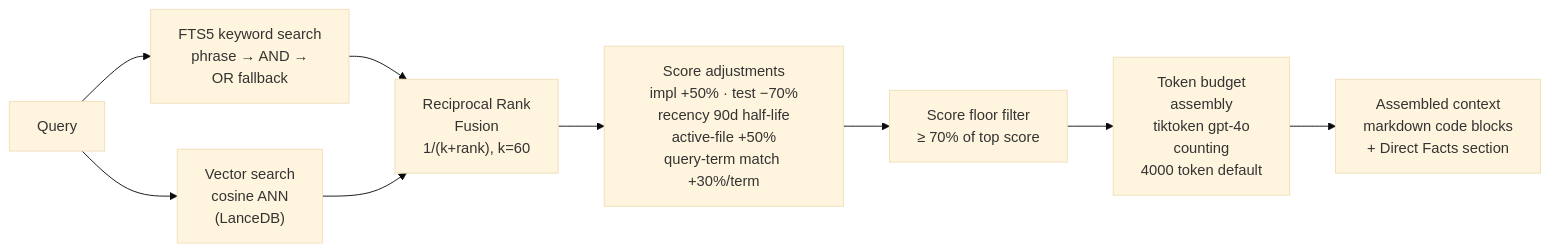
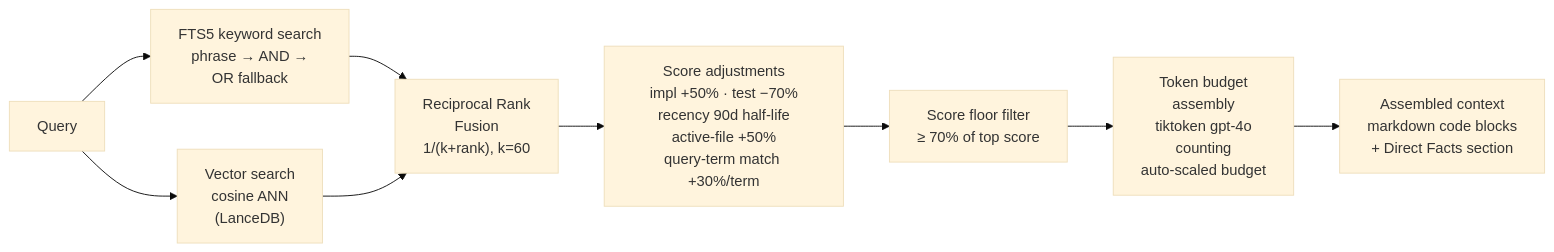
The fourth of 5 diagrams in README.md (proofofwork-agency/reporecall), drawn with Mermaid (base theme) before and after one commit. The commit also changed other lines of this file and 11 other files, not shown here.

First line of the commit message:
Dynamic context budget, --budget auto, remove SETUP.md

````diff
--- a/README.md
+++ b/README.md
@@ -390,14 +390,14 @@
 ```mermaid
 flowchart LR
     Q2["Query"]
     FTS5S["FTS5 keyword search<br/>phrase → AND →<br/>OR fallback"]
     VEC["Vector search<br/>cosine ANN<br/>(LanceDB)"]
     RRF["Reciprocal Rank<br/>Fusion<br/>1/(k+rank), k=60"]
     Adj["Score adjustments<br/>impl +50% · test −70%<br/>recency 90d half-life<br/>active-file +50%<br/>query-term match +30%/term"]
     Floor["Score floor filter<br/>≥ 70% of top score"]
-    Budget["Token budget<br/>assembly<br/>tiktoken gpt-4o<br/>counting<br/>4000 token default"]
+    Budget["Token budget<br/>assembly<br/>tiktoken gpt-4o<br/>counting<br/>auto-scaled budget"]
     Ctx["Assembled context<br/>markdown code blocks<br/>+ Direct Facts section"]
 
     Q2 --> FTS5S & VEC
     FTS5S & VEC --> RRF --> Adj --> Floor --> Budget --> Ctx
 ```
````
